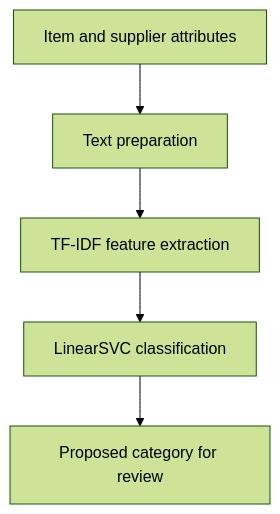
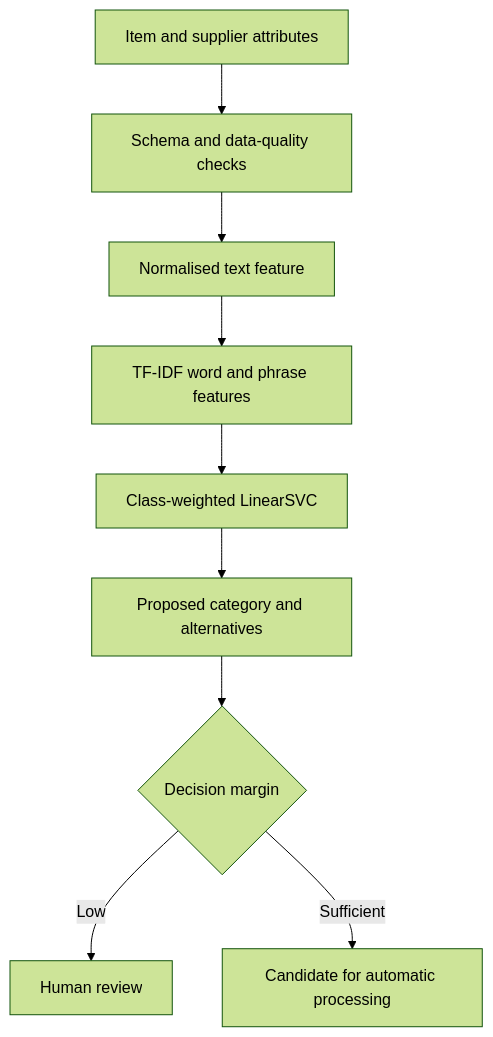
One commit to tomaszkaczma/Procurement-Item-Categorisation changed the diagram in README.md. Above: the diagram before and after it, drawn with Mermaid (forest theme). The commit also changed other lines of this file and 5 other files, not shown here.

````diff
--- a/README.md
+++ b/README.md
@@ -28,7 +33,11 @@
 ```mermaid
 flowchart TD
-    A["Item and supplier attributes"] --> B["Text preparation"]
-    B --> C["TF-IDF feature extraction"]
-    C --> D["LinearSVC classification"]
-    D --> E["Proposed category for review"]
+    A["Item and supplier attributes"] --> B["Schema and data-quality checks"]
+    B --> C["Normalised text feature"]
+    C --> D["TF-IDF word and phrase features"]
+    D --> E["Class-weighted LinearSVC"]
+    E --> F["Proposed category and alternatives"]
+    F --> G{"Decision margin"}
+    G -->|Low| H["Human review"]
+    G -->|Sufficient| I["Candidate for automatic processing"]
 ```
````
